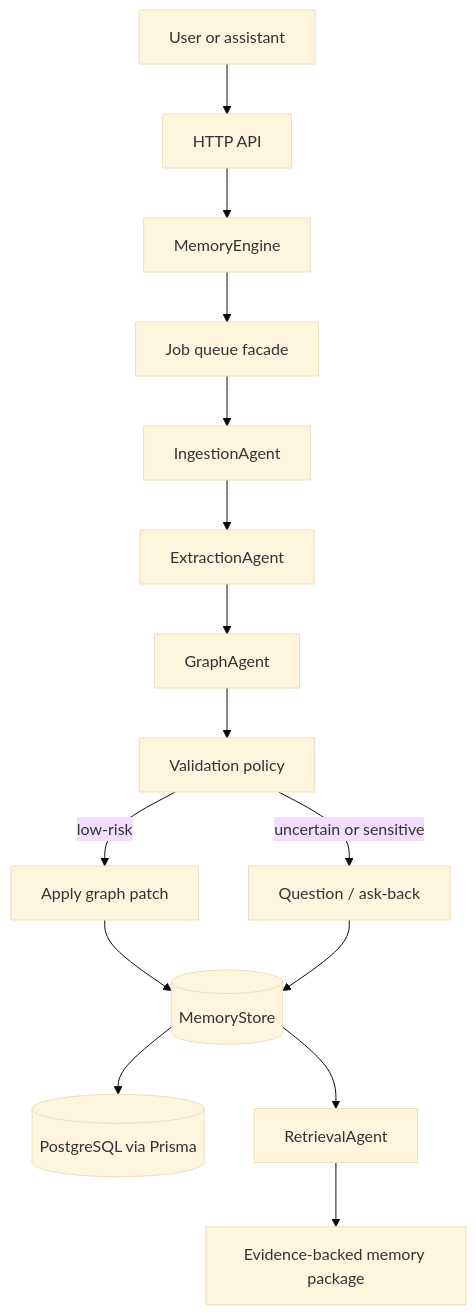
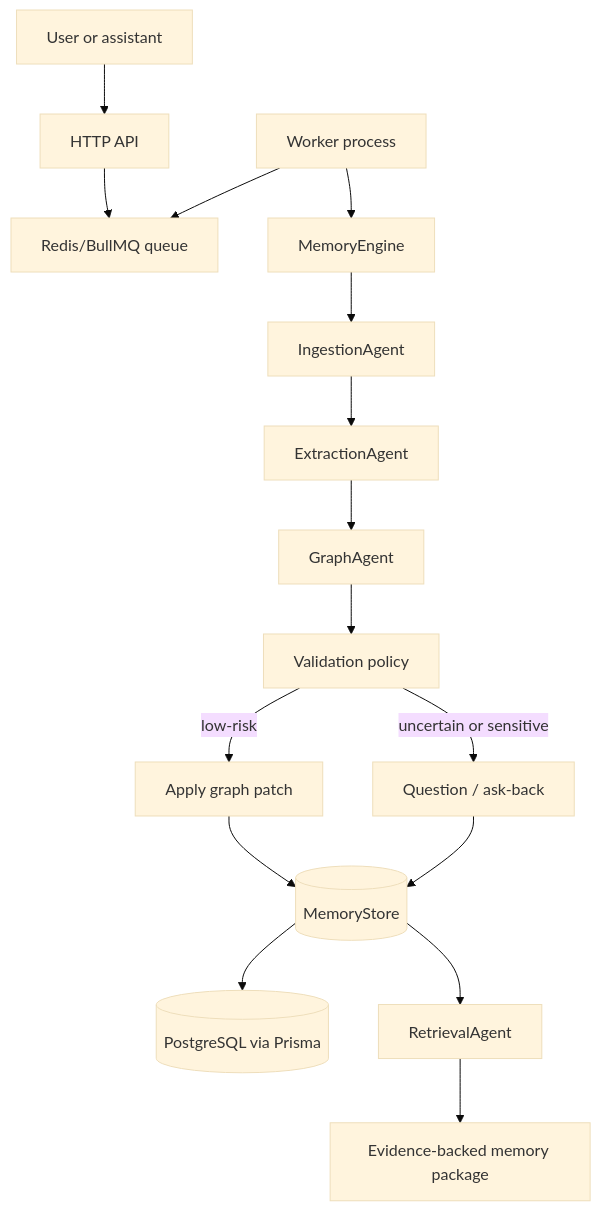
Before and after one commit to adinarayanan2003/open-Memory: the first of 3 diagrams in README.md, drawn with Mermaid (base theme). The commit also changed other lines of this file and 14 other files, not shown here.

Commit message:
Add durable BullMQ agent runtime

````diff
--- a/README.md
+++ b/README.md
@@ -20,17 +22,18 @@
 ```mermaid
 flowchart TD
   User[User or assistant] --> API[HTTP API]
-  API --> Engine[MemoryEngine]
-  Engine --> Queue[Job queue facade]
-  Queue --> Ingestion[IngestionAgent]
+  API --> Queue[Redis/BullMQ queue]
+  Worker[Worker process] --> Queue
+  Worker --> Engine[MemoryEngine]
+  Engine --> Ingestion[IngestionAgent]
   Ingestion --> Extraction[ExtractionAgent]
   Extraction --> Graph[GraphAgent]
   Graph --> Validation[Validation policy]
   Validation -->|low-risk| Apply[Apply graph patch]
   Validation -->|uncertain or sensitive| Question[Question / ask-back]
   Apply --> Store[(MemoryStore)]
   Question --> Store
   Store --> Prisma[(PostgreSQL via Prisma)]
   Store --> Retrieval[RetrievalAgent]
   Retrieval --> Package[Evidence-backed memory package]
 ```
````
